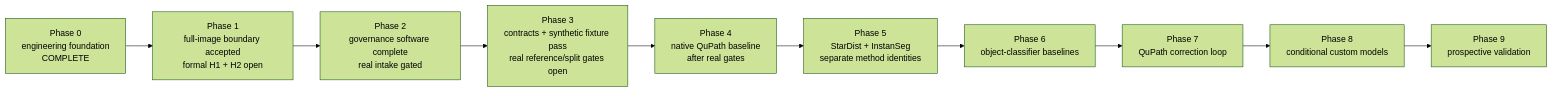
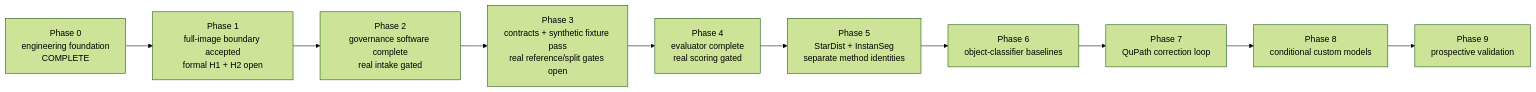
One commit to xorca0711/IFQuant-Platform changed the second of 2 diagrams in README.md. Above: the diagram before and after it, drawn with Mermaid (forest theme). The commit also changed other lines of this file and 15 other files, not shown here.

````diff
--- a/README.md
+++ b/README.md
@@ -182,15 +186,15 @@
 ```mermaid
 flowchart LR
     P0["Phase 0<br/>engineering foundation<br/>COMPLETE"]
     P1["Phase 1<br/>full-image boundary accepted<br/>formal H1 + H2 open"]
     P2["Phase 2<br/>governance software complete<br/>real intake gated"]
     P3["Phase 3<br/>contracts + synthetic fixture pass<br/>real reference/split gates open"]
-    P4["Phase 4<br/>native QuPath baseline<br/>after real gates"]
+    P4["Phase 4<br/>evaluator complete<br/>real scoring gated"]
     P5["Phase 5<br/>StarDist + InstanSeg<br/>separate method identities"]
     P6["Phase 6<br/>object-classifier baselines"]
     P7["Phase 7<br/>QuPath correction loop"]
     P8["Phase 8<br/>conditional custom models"]
     P9["Phase 9<br/>prospective validation"]
 
     P0 --> P1 --> P2 --> P3 --> P4 --> P5 --> P6 --> P7 --> P8 --> P9
 ```
````
